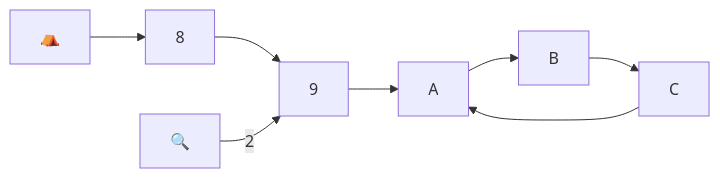
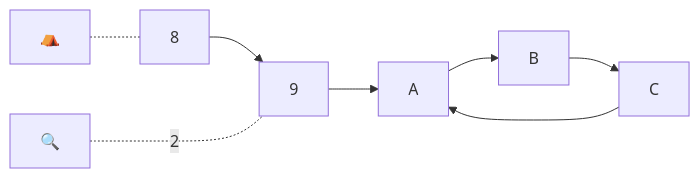
Before and after one commit to raganwald/raganwald.github.com: the tenth of 13 diagrams in _posts/2026-02-15-nuralagus-rex.md, drawn with Mermaid. The commit also changed other lines of this file, not shown here.

```diff
--- a/_posts/2026-02-15-nuralagus-rex.md
+++ b/_posts/2026-02-15-nuralagus-rex.md
@@ -219,15 +219,15 @@
 <div class="mermaid">
   graph LR
     
     base["⛺️"]
     search["🔍"]
     e["8"]
     f["9"]
     g["A"]
     h["B"]
     i["C"]
 
     e-->f-->g-->h-->i-->g
-    base-->e
-    search--2-->f
+    base-.-e
+    search-..-|"2"|f
 </div>
```
